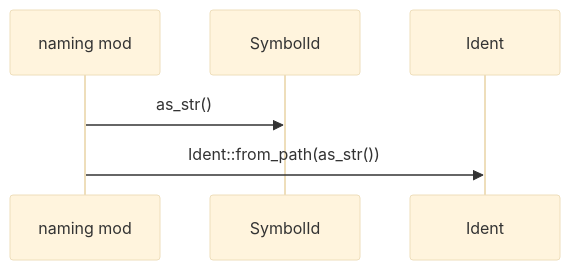
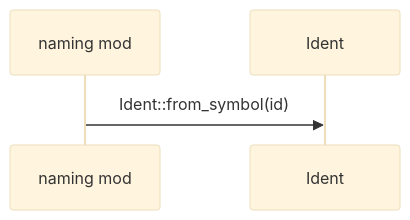
Before and after one commit to DreamLab-AI/codemaid: the second of 5 diagrams in docs/sealmap/crates/sealmap-corpus/src/naming.rs.md, drawn with Mermaid (base theme). The commit also changed other lines of this file and 45 other files, not shown here.

First line of the commit message:
docs: regenerate the self-corpus for sym: ids and schema v2

````diff
--- a/docs/sealmap/crates/sealmap-corpus/src/naming.rs.md
+++ b/docs/sealmap/crates/sealmap-corpus/src/naming.rs.md
@@ -54,8 +54,6 @@
 ```mermaid
 sequenceDiagram
   participant sealmap_corpus__naming as naming mod
-  participant sealmap_model__symbol__SymbolId as SymbolId
-  participant sealmap_mermaid__escape__Ident as Ident
-  sealmap_corpus__naming->>sealmap_model__symbol__SymbolId: as_str()
-  sealmap_corpus__naming->>sealmap_mermaid__escape__Ident: Ident::from_path(as_str())
+  participant sealmap_mermaid__escape___tIdent as Ident
+  sealmap_corpus__naming->>sealmap_mermaid__escape___tIdent: Ident::from_symbol(id)
 ```
````
